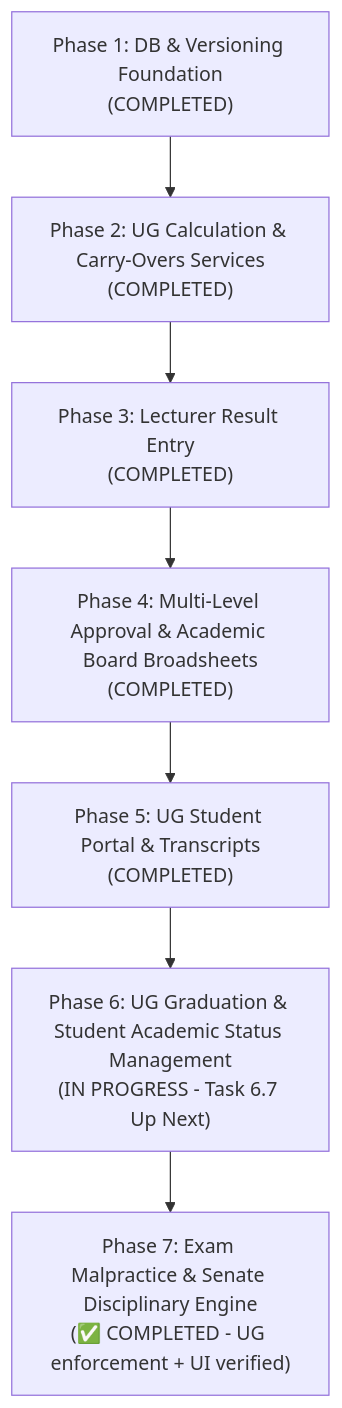
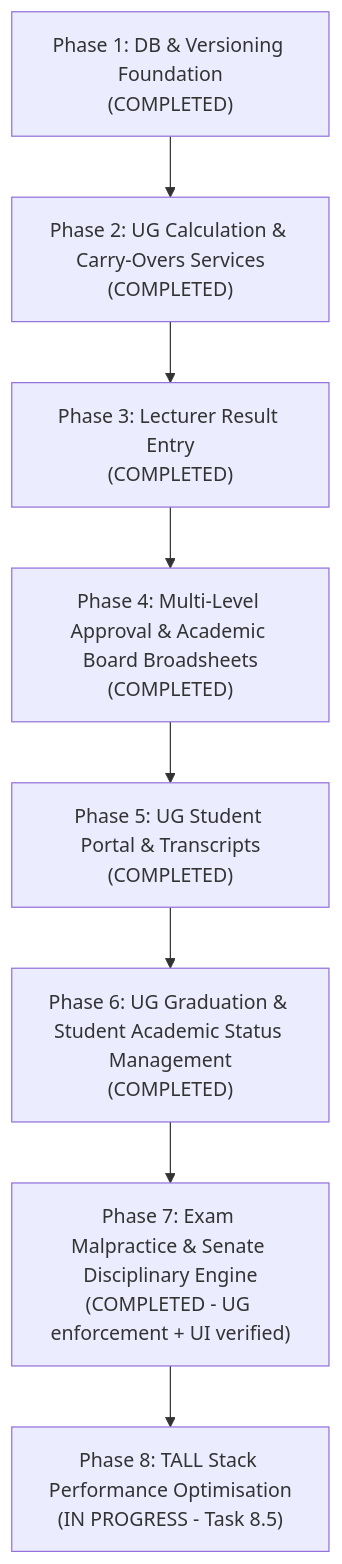
Before and after one commit to bashyauri/admission: the diagram in result_processing_agent_phases.md, drawn with Mermaid. The commit also changed other lines of this file and 7 other files, not shown here.

````diff
--- a/result_processing_agent_phases.md
+++ b/result_processing_agent_phases.md
@@ -25,9 +25,10 @@
 ```mermaid
 graph TD
     P1["Phase 1: DB & Versioning Foundation<br/>(COMPLETED)"] --> P2["Phase 2: UG Calculation & Carry-Overs Services<br/>(COMPLETED)"]
     P2 --> P3["Phase 3: Lecturer Result Entry<br/>(COMPLETED)"]
     P3 --> P4["Phase 4: Multi-Level Approval & Academic Board Broadsheets<br/>(COMPLETED)"]
     P4 --> P5["Phase 5: UG Student Portal & Transcripts<br/>(COMPLETED)"]
-    P5 --> P6["Phase 6: UG Graduation & Student Academic Status Management<br/>(IN PROGRESS - Task 6.7 Up Next)"]
-    P6 --> P7["Phase 7: Exam Malpractice & Senate Disciplinary Engine<br/>(✅ COMPLETED - UG enforcement + UI verified)"]
+    P5 --> P6["Phase 6: UG Graduation & Student Academic Status Management<br/>(COMPLETED)"]
+    P6 --> P7["Phase 7: Exam Malpractice & Senate Disciplinary Engine<br/>(COMPLETED - UG enforcement + UI verified)"]
+    P7 --> P8["Phase 8: TALL Stack Performance Optimisation<br/>(IN PROGRESS - Task 8.5)"]
 ```
````
